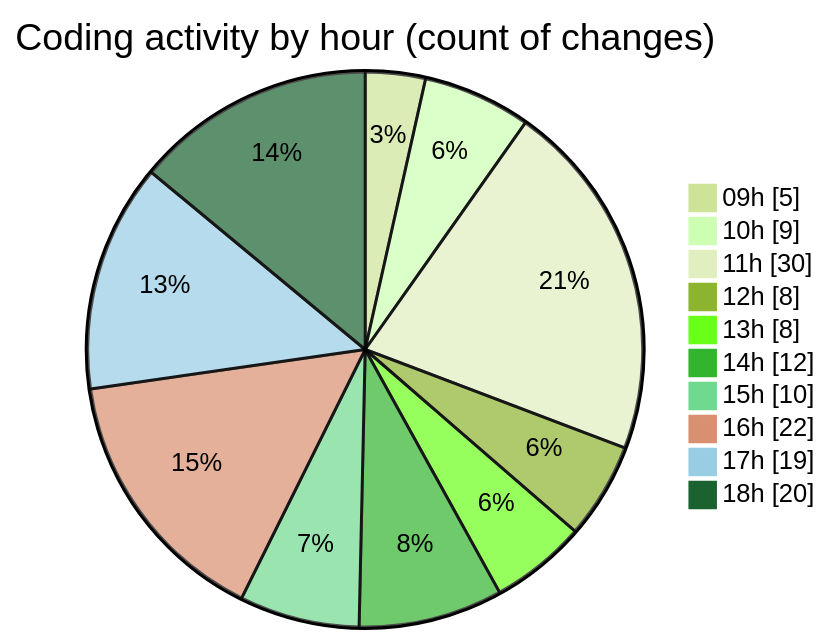
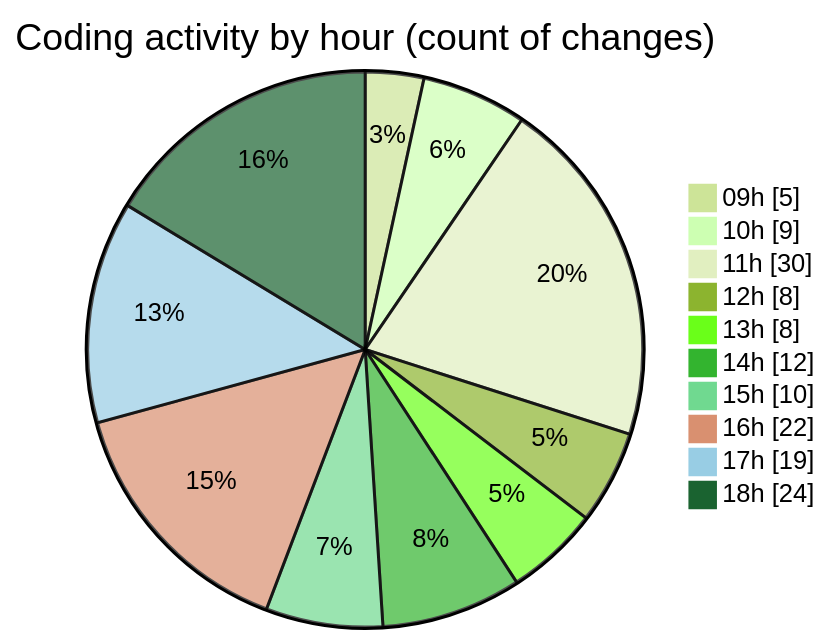
One commit to momahboobian/code-tracking changed the second of 2 diagrams in 2025-02-03/cda/README.md. Above: the diagram before and after it, drawn with Mermaid (forest theme). The commit also changed other lines of this file and 1 other file, not shown here.

````diff
--- a/2025-02-03/cda/README.md
+++ b/2025-02-03/cda/README.md
@@ -33,14 +33,14 @@
 ```mermaid
 pie showData
 title Coding activity by hour (count of changes)
 "09h" : 5
 "10h" : 9
 "11h" : 30
 "12h" : 8
 "13h" : 8
 "14h" : 12
 "15h" : 10
 "16h" : 22
 "17h" : 19
-"18h" : 20
+"18h" : 24
 ```
````
